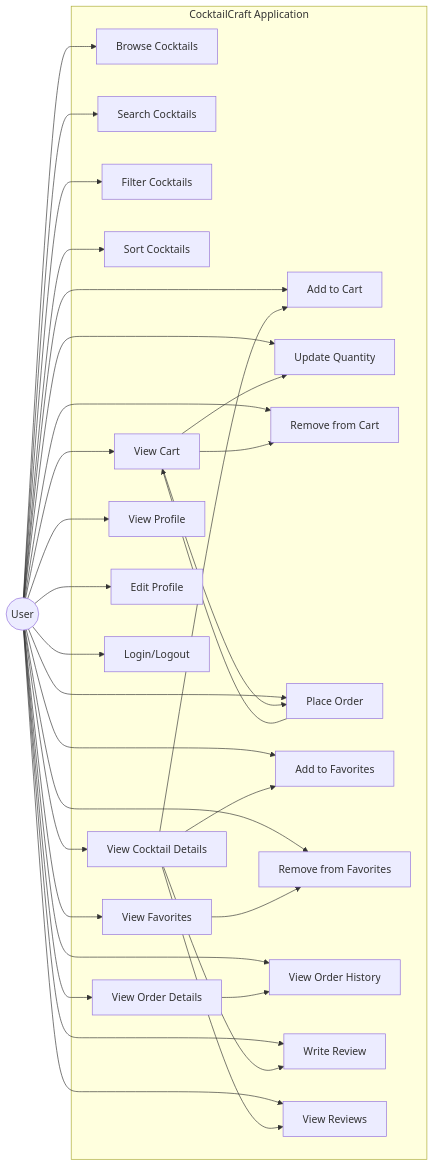
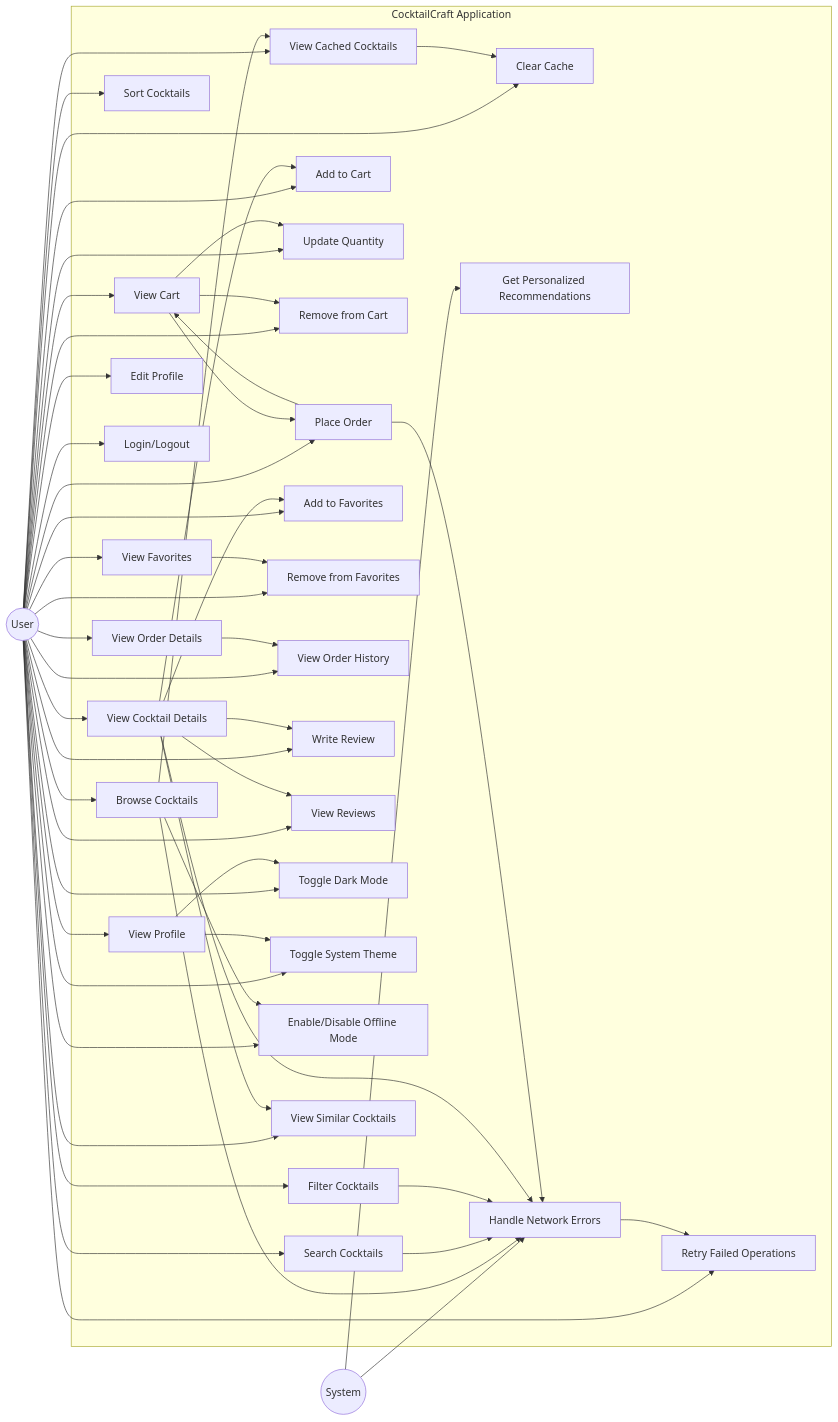
One commit to robto09/CocktailCraft changed the diagram in docs/images/mermaid/use_case_diagram.md. Above: the diagram before and after it, drawn with Mermaid. The commit also changed other lines of this file and 6 other files, not shown here.

Commit message:
Update architecture diagrams to reflect current app state including Dark Mode, Offline Mode, Error Handling, and Recommendation System

````diff
--- a/docs/images/mermaid/use_case_diagram.md
+++ b/docs/images/mermaid/use_case_diagram.md
@@ -3,7 +3,8 @@
 ```mermaid
 graph LR
     User((User))
-    
+    System((System))
+
     subgraph CocktailCraft["CocktailCraft Application"]
         %% Home Screen Use Cases
         UC1[Browse Cocktails]
@@ -11,33 +12,50 @@
         UC3[Filter Cocktails]
         UC4[Sort Cocktails]
         UC5[View Cocktail Details]
-        
+
         %% Cart Use Cases
         UC6[Add to Cart]
         UC7[View Cart]
         UC8[Update Quantity]
         UC9[Remove from Cart]
         UC10[Place Order]
-        
+
         %% Favorites Use Cases
         UC11[Add to Favorites]
         UC12[View Favorites]
         UC13[Remove from Favorites]
-        
+
         %% Order Use Cases
         UC14[View Order History]
         UC15[View Order Details]
-        
+
         %% Profile Use Cases
         UC16[View Profile]
         UC17[Edit Profile]
         UC18[Login/Logout]
-        
+
         %% Review Use Cases
         UC19[Write Review]
         UC20[View Reviews]
+
+        %% Theme Use Cases
+        UC21[Toggle Dark Mode]
+        UC22[Toggle System Theme]
+
+        %% Offline Mode Use Cases
+        UC23[Enable/Disable Offline Mode]
+        UC24[View Cached Cocktails]
+        UC25[Clear Cache]
+
+        %% Recommendation Use Cases
+        UC26[View Similar Cocktails]
+        UC27[Get Personalized Recommendations]
+
+        %% Error Handling Use Cases
+        UC28[Handle Network Errors]
+        UC29[Retry Failed Operations]
     end
-    
+
     %% User Associations
     User --> UC1
     User --> UC2
@@ -59,16 +77,39 @@
     User --> UC18
     User --> UC19
     User --> UC20
-    
+    User --> UC21
+    User --> UC22
+    User --> UC23
+    User --> UC24
+    User --> UC25
+    User --> UC26
+    User --> UC29
+
+    %% System Associations
+    System --> UC27
+    System --> UC28
+
     %% Include/Extend Relationships
     UC5 --> UC6
     UC5 --> UC11
     UC5 --> UC19
     UC5 --> UC20
+    UC5 --> UC26
     UC7 --> UC8
     UC7 --> UC9
     UC7 --> UC10
     UC10 --> UC7
     UC12 --> UC13
     UC15 --> UC14
+    UC16 --> UC21
+    UC16 --> UC22
+    UC1 --> UC28
+    UC2 --> UC28
+    UC3 --> UC28
+    UC5 --> UC28
+    UC10 --> UC28
+    UC28 --> UC29
+    UC1 --> UC23
+    UC1 --> UC24
+    UC24 --> UC25
 ```
````
